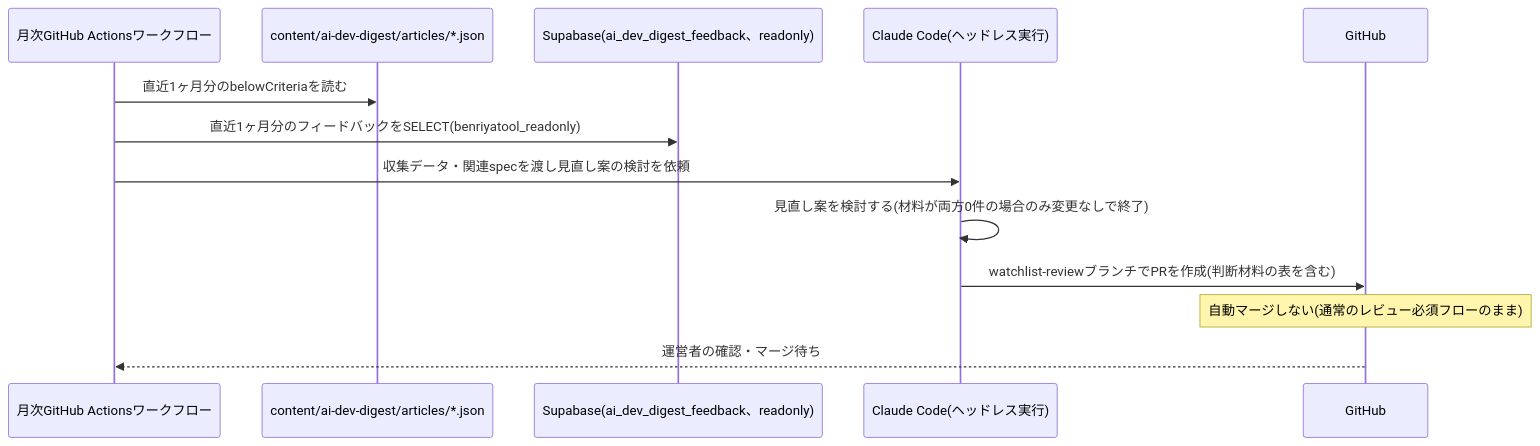
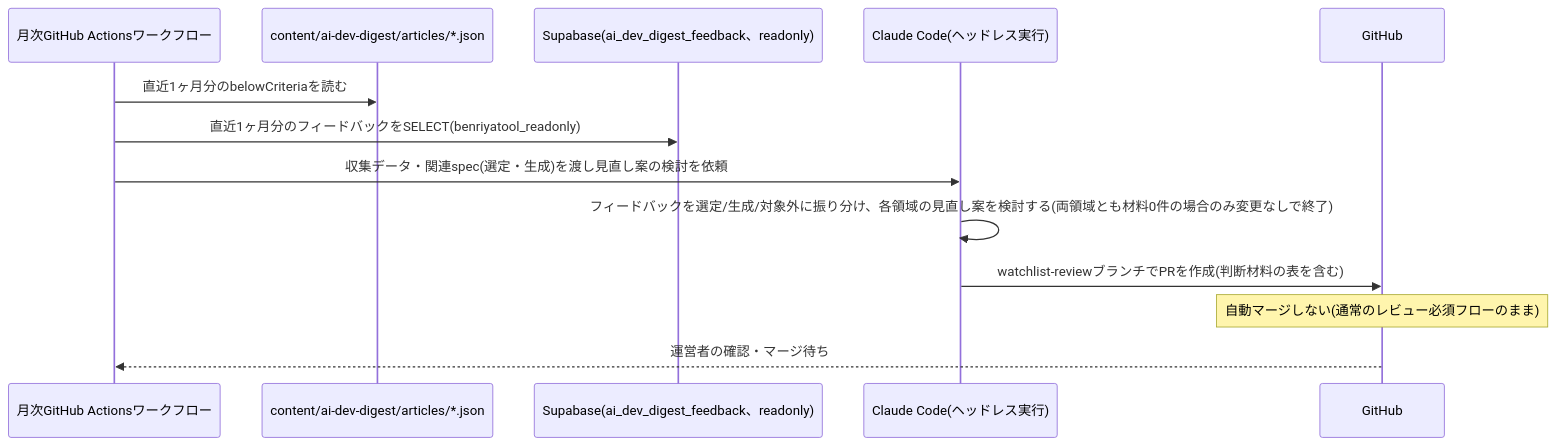
One commit to zakiyama0108/benriyatool changed the diagram in specs/ai-dev-digest/watchlist-review/design.md. Above: the diagram before and after it, drawn with Mermaid. The commit also changed other lines of this file and 5 other files, not shown here.

````diff
--- a/specs/ai-dev-digest/watchlist-review/design.md
+++ b/specs/ai-dev-digest/watchlist-review/design.md
@@ -49,16 +59,16 @@
 ```mermaid
 sequenceDiagram
     participant workflow as 月次GitHub Actionsワークフロー
     participant articles as content/ai-dev-digest/articles/*.json
     participant db as Supabase(ai_dev_digest_feedback、readonly)
     participant claude as Claude Code(ヘッドレス実行)
     participant gh as GitHub
 
     workflow ->> articles: 直近1ヶ月分のbelowCriteriaを読む
     workflow ->> db: 直近1ヶ月分のフィードバックをSELECT(benriyatool_readonly)
-    workflow ->> claude: 収集データ・関連specを渡し見直し案の検討を依頼
-    claude ->> claude: 見直し案を検討する(材料が両方0件の場合のみ変更なしで終了)
+    workflow ->> claude: 収集データ・関連spec(選定・生成)を渡し見直し案の検討を依頼
+    claude ->> claude: フィードバックを選定/生成/対象外に振り分け、各領域の見直し案を検討する(両領域とも材料0件の場合のみ変更なしで終了)
     claude ->> gh: watchlist-reviewブランチでPRを作成(判断材料の表を含む)
     Note over gh: 自動マージしない(通常のレビュー必須フローのまま)
     gh -->> workflow: 運営者の確認・マージ待ち
 ```
````
